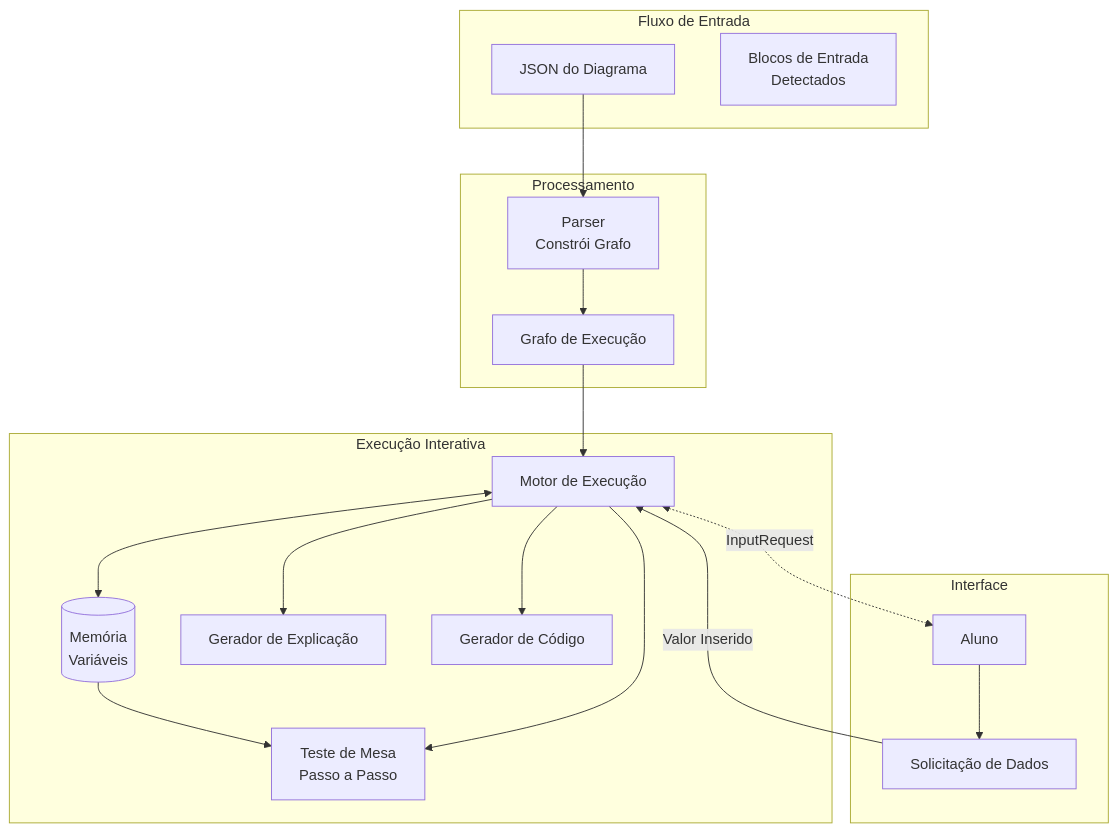
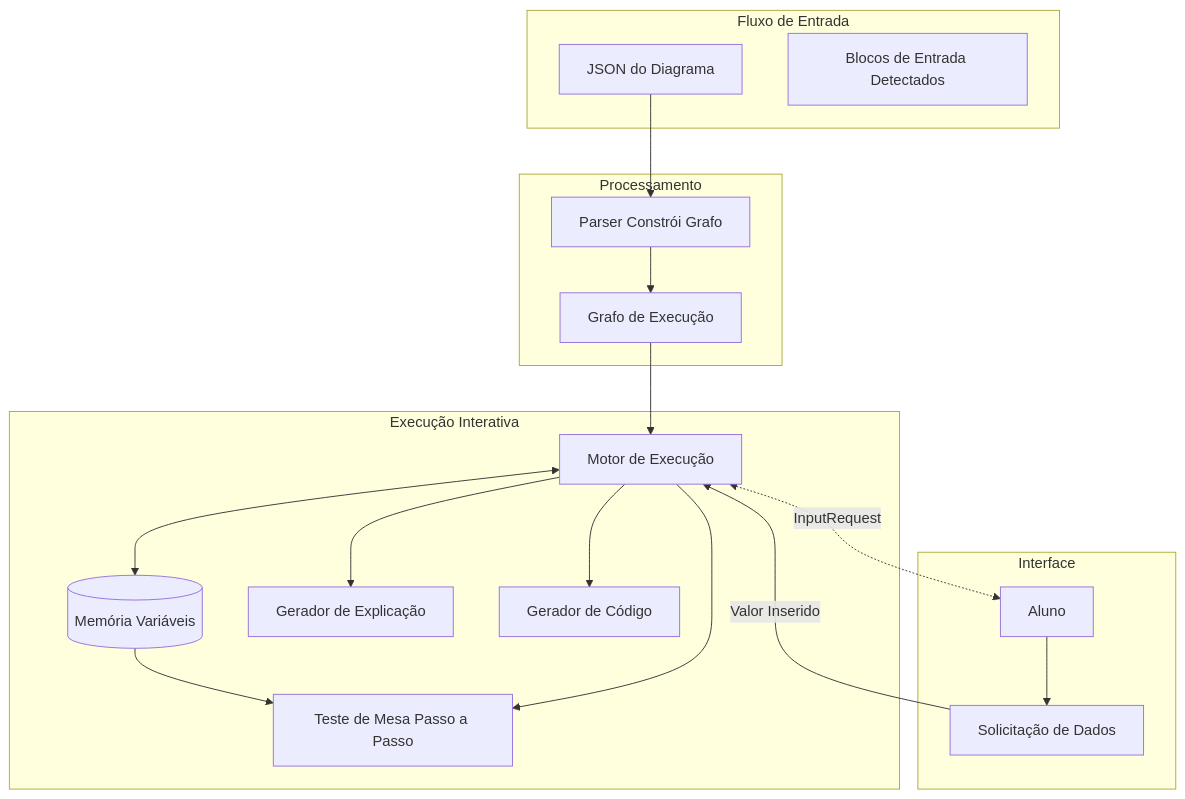
The third of 7 diagrams in docs/ssd.md (si-utfpr-gp/blade), drawn with Mermaid before and after one commit. The commit also changed other lines of this file, not shown here.

Commit message:
fix: remove br tags from mermaid blocks for GitHub rendering

````diff
--- a/docs/ssd.md
+++ b/docs/ssd.md
@@ -226,33 +226,33 @@
 ```mermaid
 graph TB
     subgraph Input["Fluxo de Entrada"]
         JSON[JSON do Diagrama]
-        INPUT_BLOCK[Blocos de Entrada<br/>Detectados]
+        INPUT_BLOCK[Blocos de Entrada Detectados]
     end
     subgraph Processing["Processamento"]
-        P[Parser<br/>Constrói Grafo]
+        P[Parser Constrói Grafo]
         GRAPH[Grafo de Execução]
     end
     subgraph Execution["Execução Interativa"]
         EXE[Motor de Execução]
-        MEM[(Memória<br/>Variáveis)]
-        TM[Teste de Mesa<br/>Passo a Passo]
+        MEM[(Memória Variáveis)]
+        TM[Teste de Mesa Passo a Passo]
         EXP[Gerador de Explicação]
         CODE[Gerador de Código]
     end
     subgraph UI["Interface"]
         A[Aluno]
         INPUT_UI[Solicitação de Dados]
     end
     JSON --> P
     P --> GRAPH
     GRAPH --> EXE
     EXE <--> MEM
     MEM --> TM
     EXE --> TM
     EXE --> EXP
     EXE --> CODE
     EXE <-.->|"InputRequest"| A
     A --> INPUT_UI
     INPUT_UI -->|"Valor Inserido"| EXE
 ```
````
